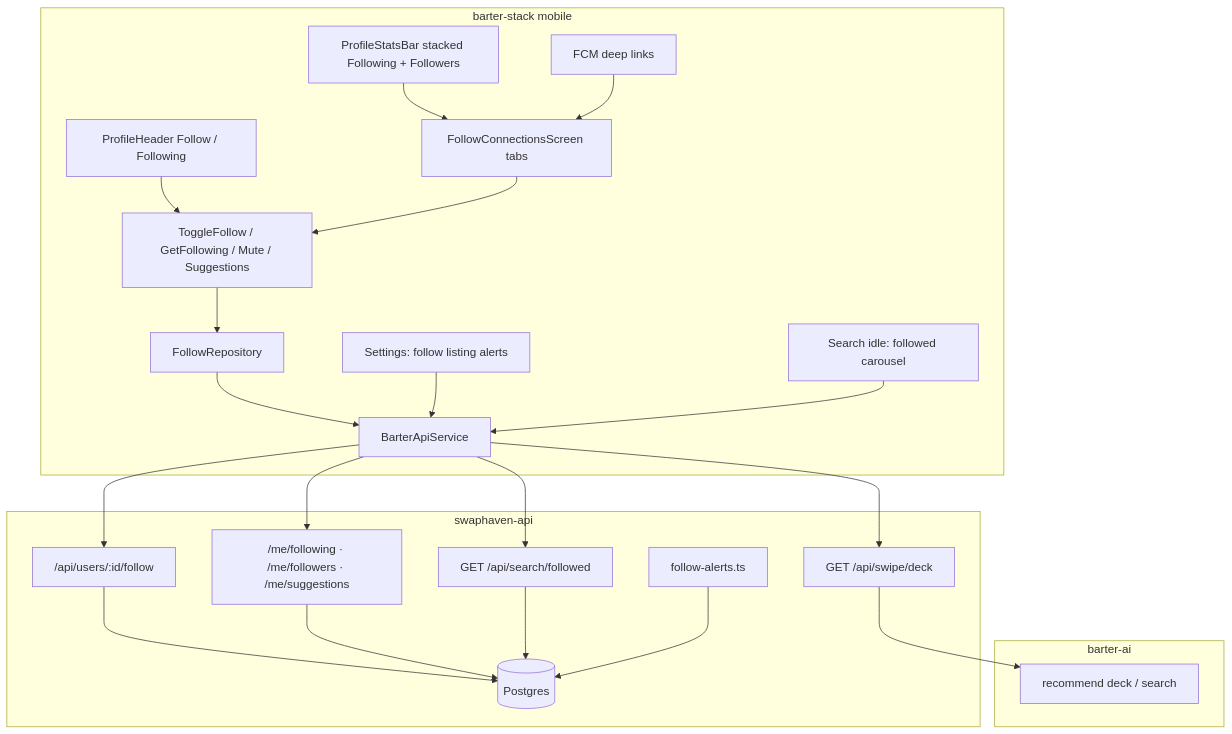
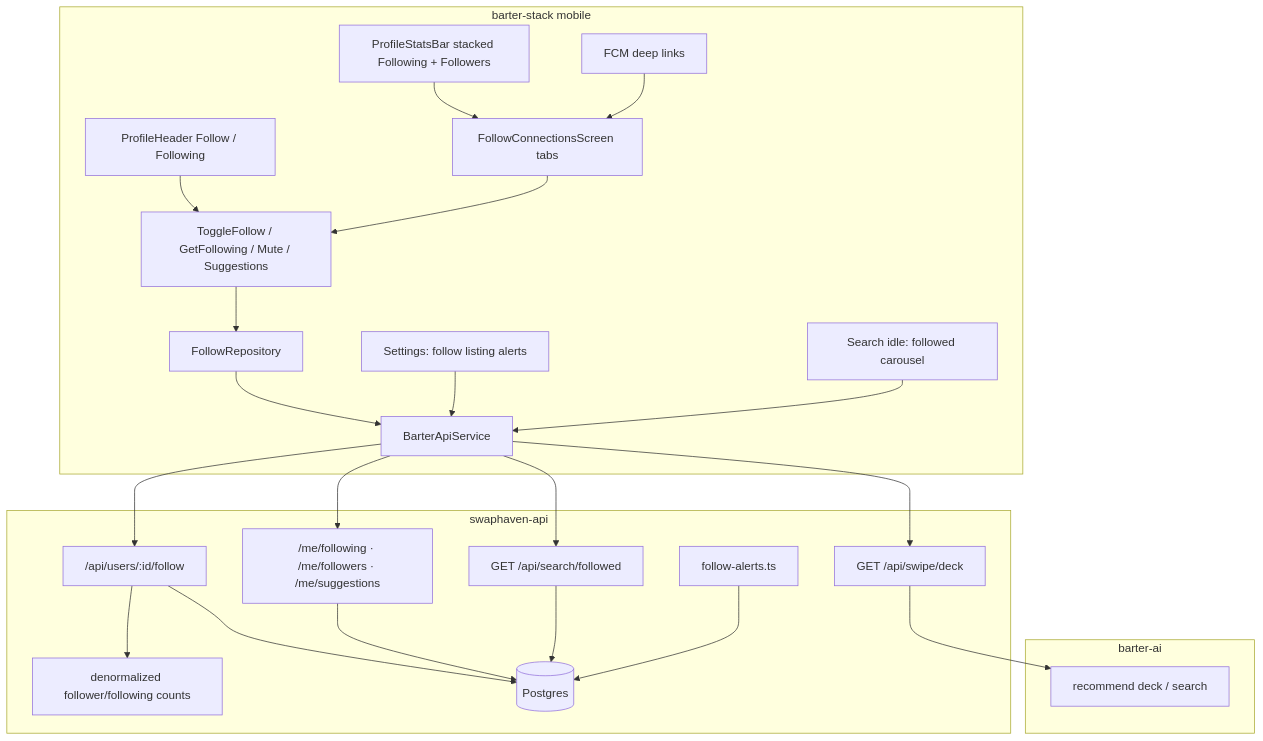
Before and after one commit to barterinfo/swaphaven-backend: the second of 13 diagrams in docs/FOLLOW_FEATURE.md, drawn with Mermaid. The commit also changed other lines of this file and 2 other files, not shown here.

````diff
--- a/docs/FOLLOW_FEATURE.md
+++ b/docs/FOLLOW_FEATURE.md
@@ -54,43 +57,45 @@
 ```mermaid
 flowchart TB
   subgraph mobile [barter-stack mobile]
     PH[ProfileHeader Follow / Following]
     Stats[ProfileStatsBar stacked Following + Followers]
     Conn[FollowConnectionsScreen tabs]
     Set[Settings: follow listing alerts]
     SearchUI[Search idle: followed carousel]
     PushUI[FCM deep links]
     UC[ToggleFollow / GetFollowing / Mute / Suggestions]
     Repo[FollowRepository]
     API_M[BarterApiService]
   end
 
   subgraph api [swaphaven-api]
     U["/api/users/:id/follow"]
     Lists["/me/following · /me/followers · /me/suggestions"]
     SF["GET /api/search/followed"]
     Deck["GET /api/swipe/deck"]
     Alerts[follow-alerts.ts]
+    Counts[denormalized follower/following counts]
     DB[(Postgres)]
   end
 
   subgraph ai [barter-ai]
     Rank[recommend deck / search]
   end
 
   PH --> UC --> Repo --> API_M
   Stats --> Conn
   Conn --> UC
   Set --> API_M
   SearchUI --> API_M
   PushUI --> Conn
   API_M --> U
   API_M --> Lists
   API_M --> SF
   API_M --> Deck
   U --> DB
+  U --> Counts
   Lists --> DB
   Deck --> Rank
   SF --> DB
   Alerts --> DB
 ```
````
